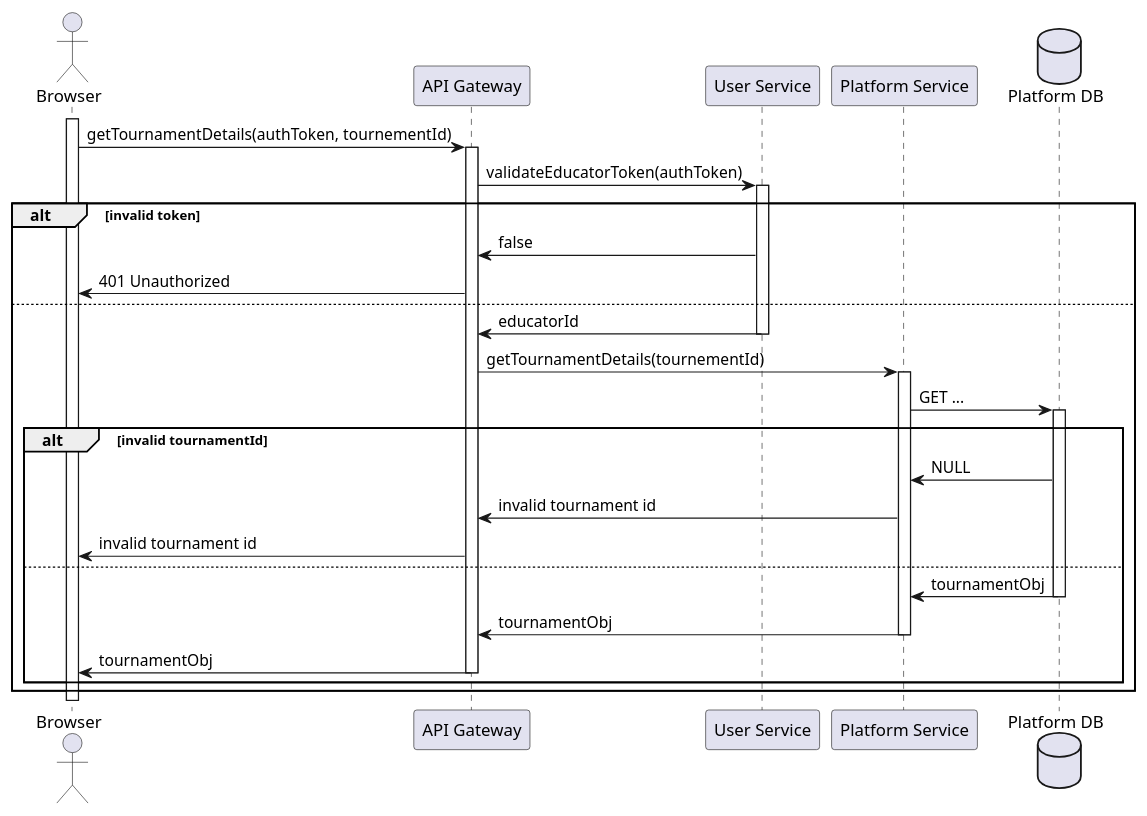
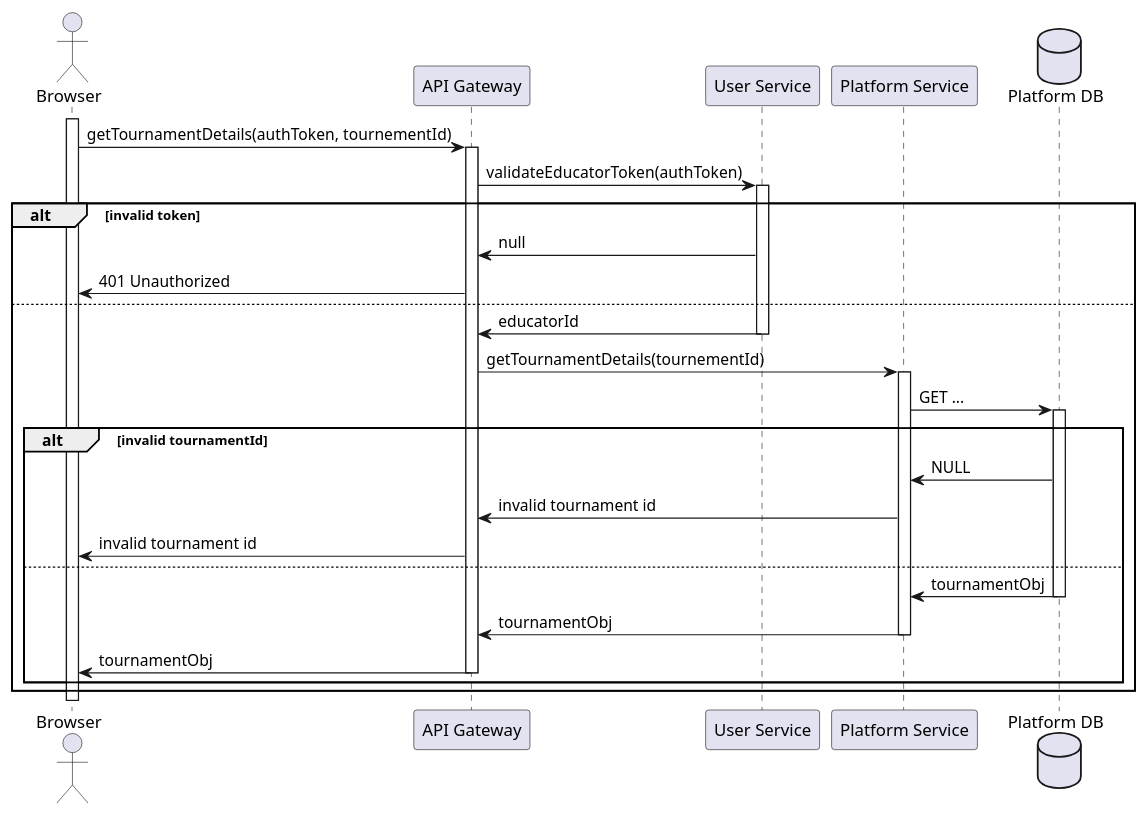
The diagram in dd/puml/rw0.2.puml (Furrrlo/CodeKataBattle), drawn with PlantUML before and after one commit. The commit also changed 13 other files, not shown here.

```diff
--- a/dd/puml/rw0.2.puml
+++ b/dd/puml/rw0.2.puml
@@ -1,36 +1,36 @@
 @startuml RW0.2 - User gets tournament details
 
 actor Browser
 
 participant "API Gateway" as gateway
 participant "User Service" as auth
 
 participant "Platform Service" as platform
 database "Platform DB" as platformDb
 
 activate Browser
 
 Browser -> gateway ++ : getTournamentDetails(authToken, tournementId)
 gateway -> auth ++ : validateEducatorToken(authToken)
 alt invalid token
-    gateway <- auth : false
+    gateway <- auth : null
     Browser <- gateway : 401 Unauthorized
 else
     gateway <- auth -- : educatorId
     gateway -> platform ++ : getTournamentDetails(tournementId)
 
     platform -> platformDb ++ : GET ...
 
     alt invalid tournamentId
         platform <- platformDb : NULL
         gateway <- platform : invalid tournament id
         Browser <- gateway : invalid tournament id
     else
         platform <- platformDb -- : tournamentObj
         gateway <- platform -- : tournamentObj
         Browser <- gateway -- : tournamentObj
     end
 end
 
 
 @enduml
```
